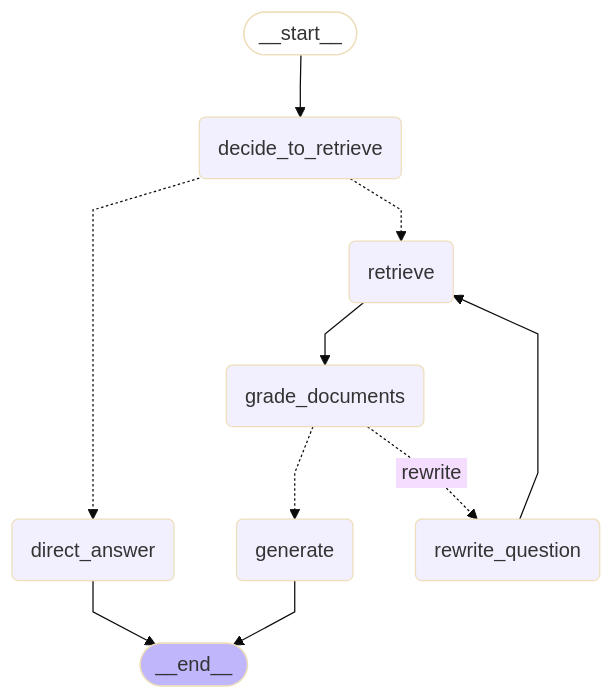
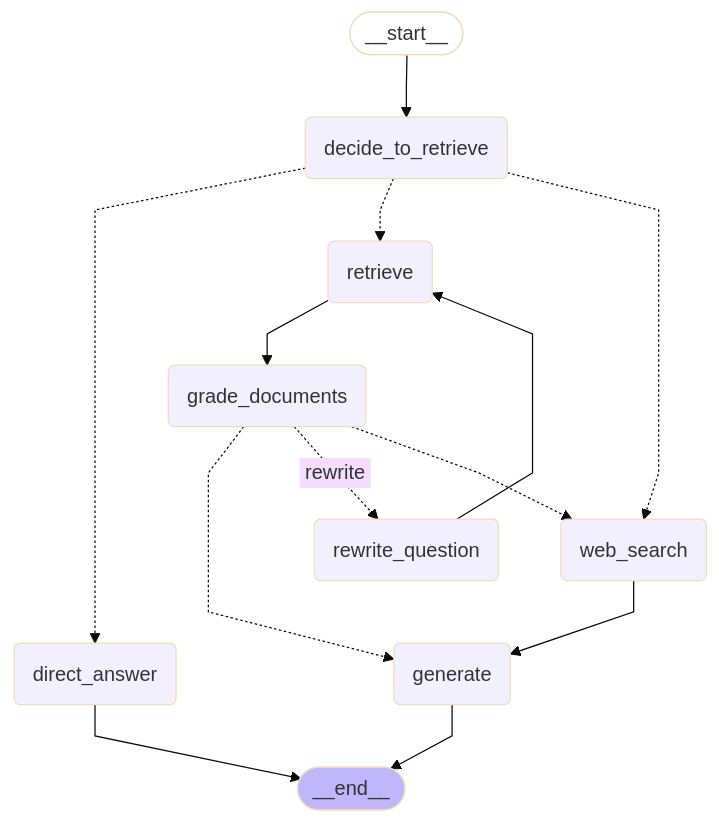
One commit to N-I-H-A-L/rag-langgraph-mcp-agent changed the diagram in docs/graph-flowchart.md. Above: the diagram before and after it, drawn with Mermaid (base theme). The commit also changed 5 other files, not shown here.

Commit message:
mcp server and client for web search

````diff
--- a/docs/graph-flowchart.md
+++ b/docs/graph-flowchart.md
@@ -5,29 +5,32 @@
 ```mermaid
 ---
 config:
   flowchart:
     curve: linear
 ---
 graph TD;
 	__start__([<p>__start__</p>]):::first
 	decide_to_retrieve(decide_to_retrieve)
 	retrieve(retrieve)
 	grade_documents(grade_documents)
 	rewrite_question(rewrite_question)
+	web_search(web_search)
 	generate(generate)
 	direct_answer(direct_answer)
 	__end__([<p>__end__</p>]):::last
 	__start__ --> decide_to_retrieve;
 	decide_to_retrieve -.-> direct_answer;
 	decide_to_retrieve -.-> retrieve;
+	decide_to_retrieve -.-> web_search;
 	grade_documents -.-> generate;
 	grade_documents -. &nbsp;rewrite&nbsp; .-> rewrite_question;
+	grade_documents -.-> web_search;
 	retrieve --> grade_documents;
 	rewrite_question --> retrieve;
+	web_search --> generate;
 	direct_answer --> __end__;
 	generate --> __end__;
 	classDef default fill:#f2f0ff,line-height:1.2
 	classDef first fill-opacity:0
 	classDef last fill:#bfb6fc
-
 ```
````
